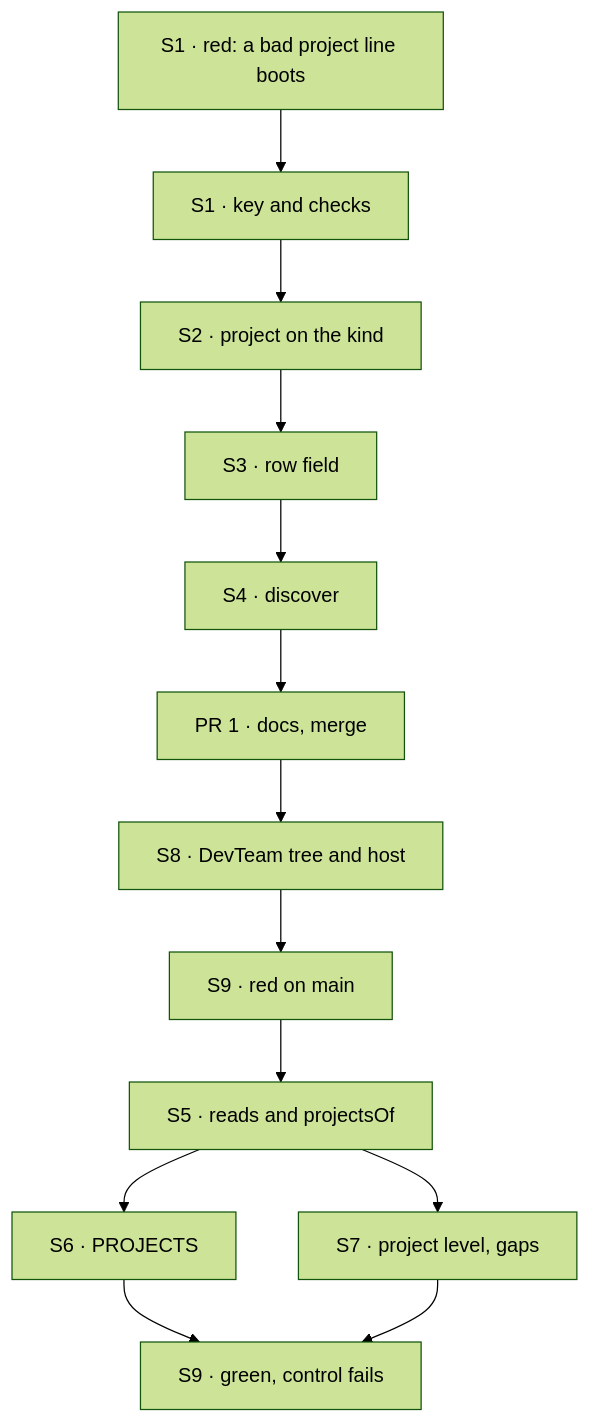
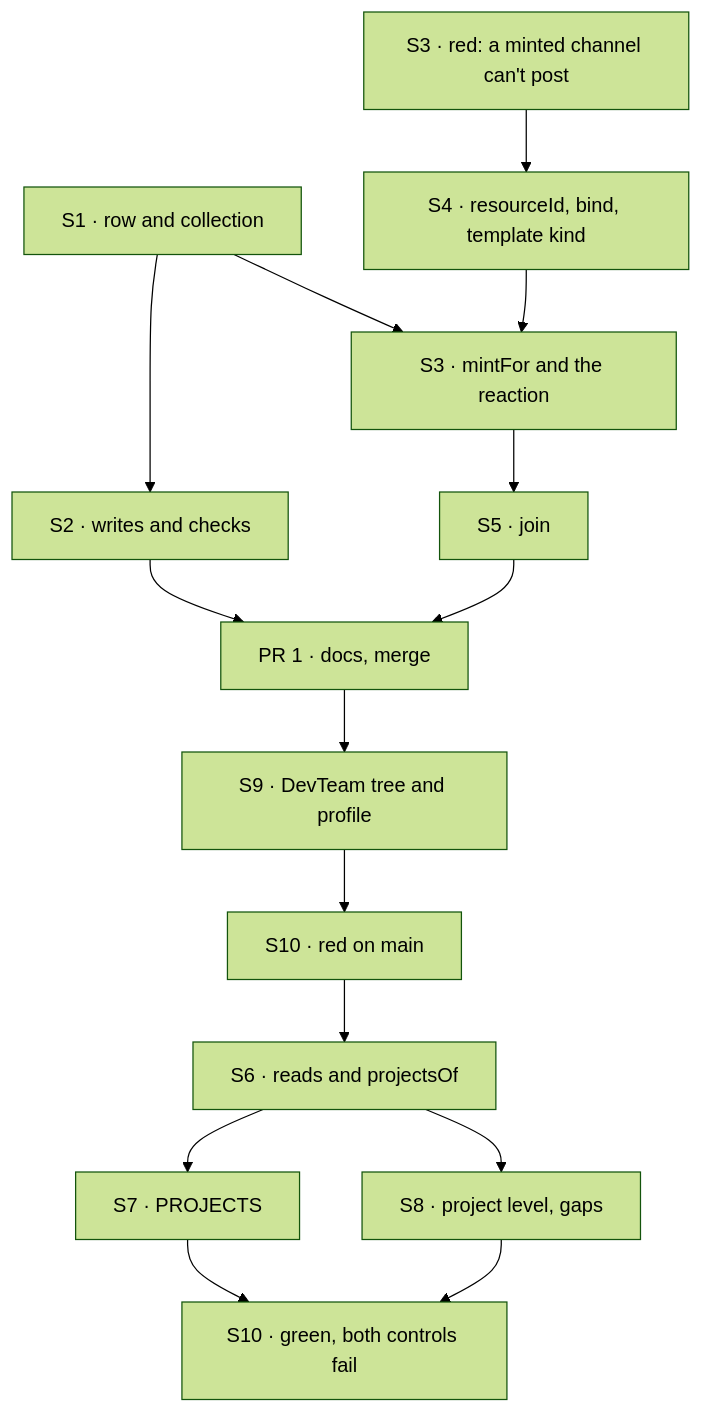
The diagram in specs/issues/FIX-1718/PLAN.md (fixpoint-labs/flow-state-dev), drawn with Mermaid (forest theme) before and after one commit. The commit also changed other lines of this file and 9 other files, not shown here.

First line of the commit message:
spec(FIX-1718): rewrite onto FIX-1728's project resource model

````diff
--- a/specs/issues/FIX-1718/PLAN.md
+++ b/specs/issues/FIX-1718/PLAN.md
@@ -38,15 +43,17 @@
 ```mermaid
 flowchart TD
-  S1r["S1 · red: a bad project line boots"] --> S1["S1 · key and checks"]
-  S1 --> S2["S2 · project on the kind"]
-  S2 --> S3["S3 · row field"]
-  S3 --> S4["S4 · discover"]
-  S4 --> P1["PR 1 · docs, merge"]
-  P1 --> S8["S8 · DevTeam tree and host"]
-  S8 --> S9r["S9 · red on main"]
-  S9r --> S5["S5 · reads and projectsOf"]
-  S5 --> S6["S6 · PROJECTS"]
-  S5 --> S7["S7 · project level, gaps"]
-  S6 --> S9["S9 · green, control fails"]
-  S7 --> S9
+  S1["S1 · row and collection"] --> S2["S2 · writes and checks"]
+  S3r["S3 · red: a minted channel can't post"] --> S4["S4 · resourceId, bind, template kind"]
+  S1 --> S3["S3 · mintFor and the reaction"]
+  S4 --> S3
+  S3 --> S5["S5 · join"]
+  S2 --> P1["PR 1 · docs, merge"]
+  S5 --> P1
+  P1 --> S9["S9 · DevTeam tree and profile"]
+  S9 --> S10r["S10 · red on main"]
+  S10r --> S6["S6 · reads and projectsOf"]
+  S6 --> S7["S7 · PROJECTS"]
+  S6 --> S8["S8 · project level, gaps"]
+  S7 --> S10["S10 · green, both controls fail"]
+  S8 --> S10
 ```
````
